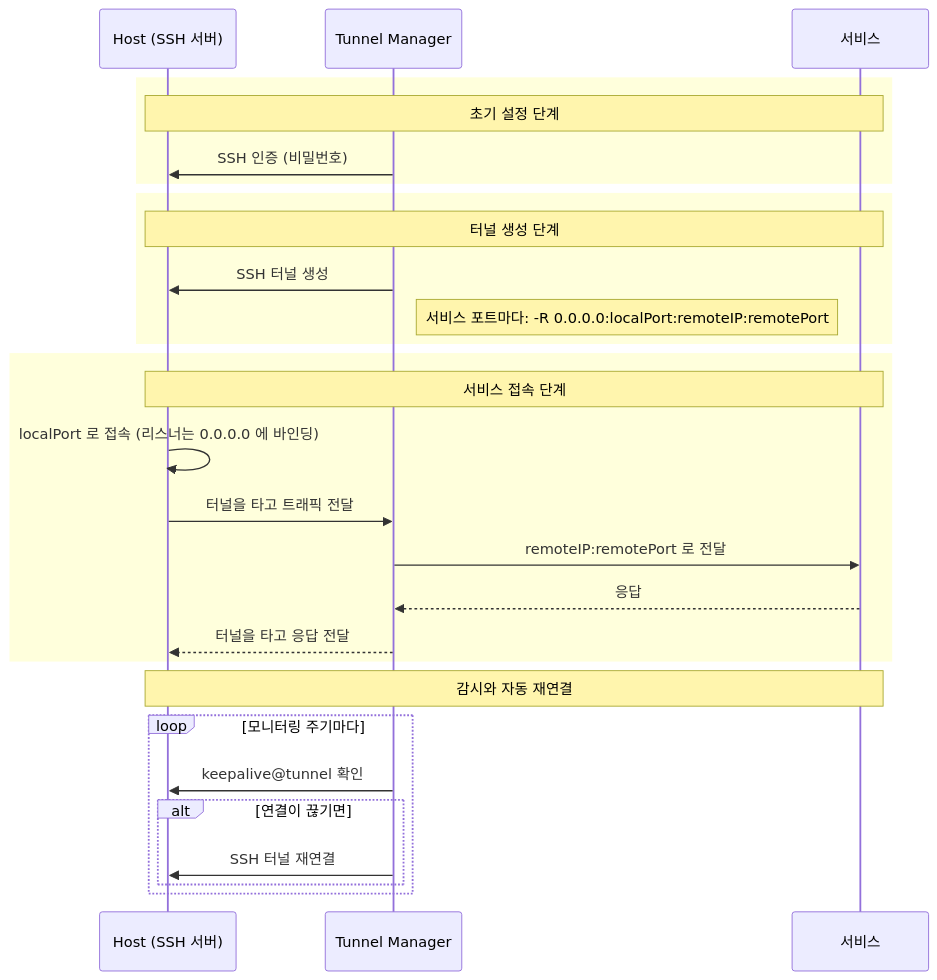
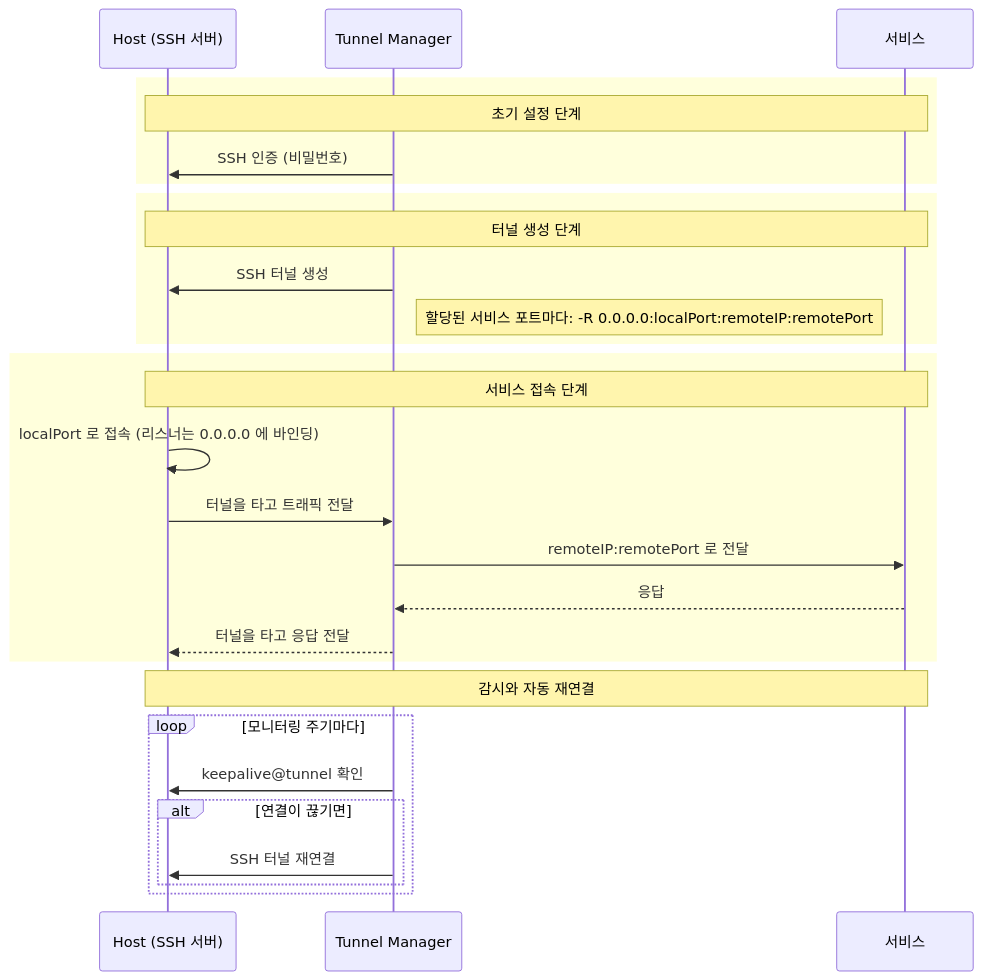
The diagram in docs/reference.ko.md (jollaman999/tunnel-manager), drawn with Mermaid before and after one commit. The commit also changed 7 other files, not shown here.

Commit message:
docs: Link the four languages to each other and name the assignment in the diagram

````diff
--- a/docs/reference.ko.md
+++ b/docs/reference.ko.md
@@ -172,34 +172,34 @@
 ```mermaid
 sequenceDiagram
     participant Host as Host (SSH 서버)
     participant Bastion as Tunnel Manager
     participant WAS as 서비스
 
     rect rgb(255, 255, 220)
         Note over Host,WAS: 초기 설정 단계
         Bastion->>Host: SSH 인증 (비밀번호)
     end
 
     rect rgb(255, 255, 220)
         Note over Host,WAS: 터널 생성 단계
         Bastion->>Host: SSH 터널 생성
-        Note right of Bastion: 서비스 포트마다: -R 0.0.0.0:localPort:remoteIP:remotePort
+        Note right of Bastion: 할당된 서비스 포트마다: -R 0.0.0.0:localPort:remoteIP:remotePort
     end
 
     rect rgb(255, 255, 220)
         Note over Host,WAS: 서비스 접속 단계
         Host->>Host: localPort 로 접속 (리스너는 0.0.0.0 에 바인딩)
         Host->>Bastion: 터널을 타고 트래픽 전달
         Bastion->>WAS: remoteIP:remotePort 로 전달
         WAS-->>Bastion: 응답
         Bastion-->>Host: 터널을 타고 응답 전달
     end
 
     Note over Host,WAS: 감시와 자동 재연결
     loop 모니터링 주기마다
         Bastion->>Host: keepalive@tunnel 확인
         alt 연결이 끊기면
             Bastion->>Host: SSH 터널 재연결
         end
     end
 ```
````
